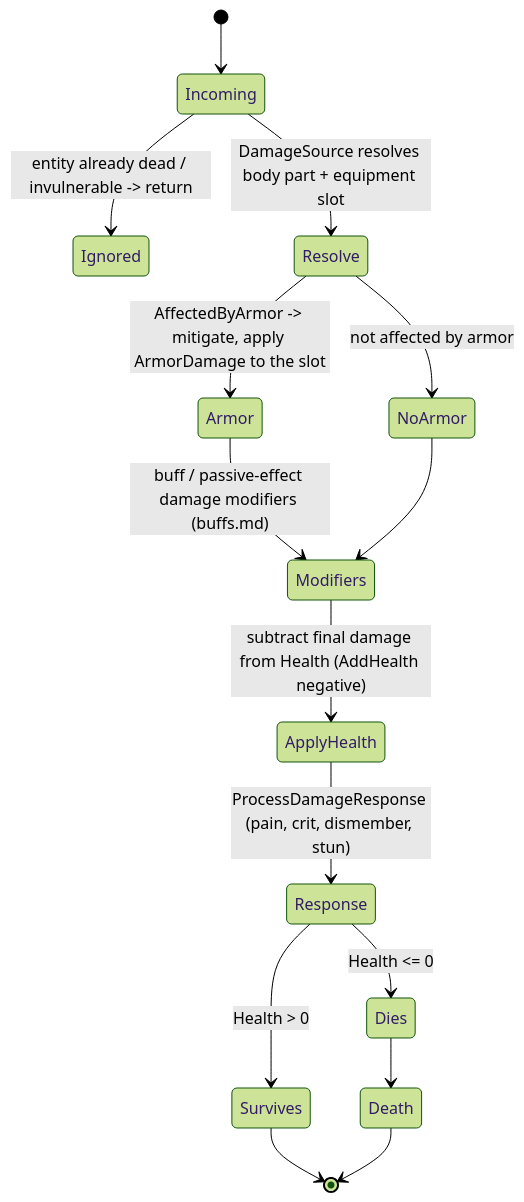
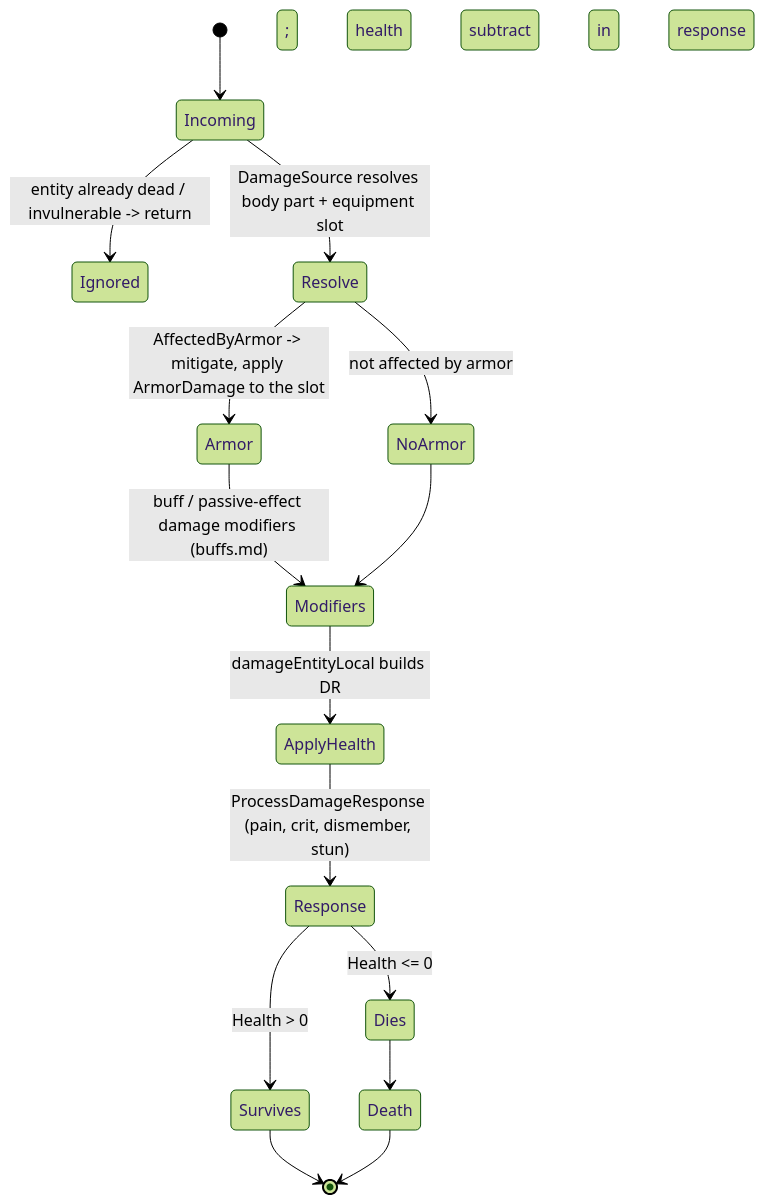
One commit to hordeforge/7dtd-engine-research changed the first of 2 diagrams in docs/combat-damage.md. Above: the diagram before and after it, drawn with Mermaid (forest theme). The commit also changed other lines of this file and 4 other files, not shown here.

First line of the commit message:
Tier-C: damageEntityLocal, ProcessDamage, EffectManager.GetValue

````diff
--- a/docs/combat-damage.md
+++ b/docs/combat-damage.md
@@ -59,17 +118,17 @@
 ```mermaid
 stateDiagram-v2
   [*] --> Incoming
   Incoming --> Ignored: entity already dead / invulnerable -> return
   Incoming --> Resolve: DamageSource resolves body part + equipment slot
   Resolve --> Armor: AffectedByArmor -> mitigate, apply ArmorDamage to the slot
   Resolve --> NoArmor: not affected by armor
   Armor --> Modifiers: buff / passive-effect damage modifiers (buffs.md)
   NoArmor --> Modifiers
-  Modifiers --> ApplyHealth: subtract final damage from Health (AddHealth negative)
+  Modifiers --> ApplyHealth: damageEntityLocal builds DR; health subtract in response
   ApplyHealth --> Response: ProcessDamageResponse (pain, crit, dismember, stun)
   Response --> Survives: Health > 0
   Response --> Dies: Health <= 0
   Survives --> [*]
   Dies --> Death
   Death --> [*]
 ```
````
